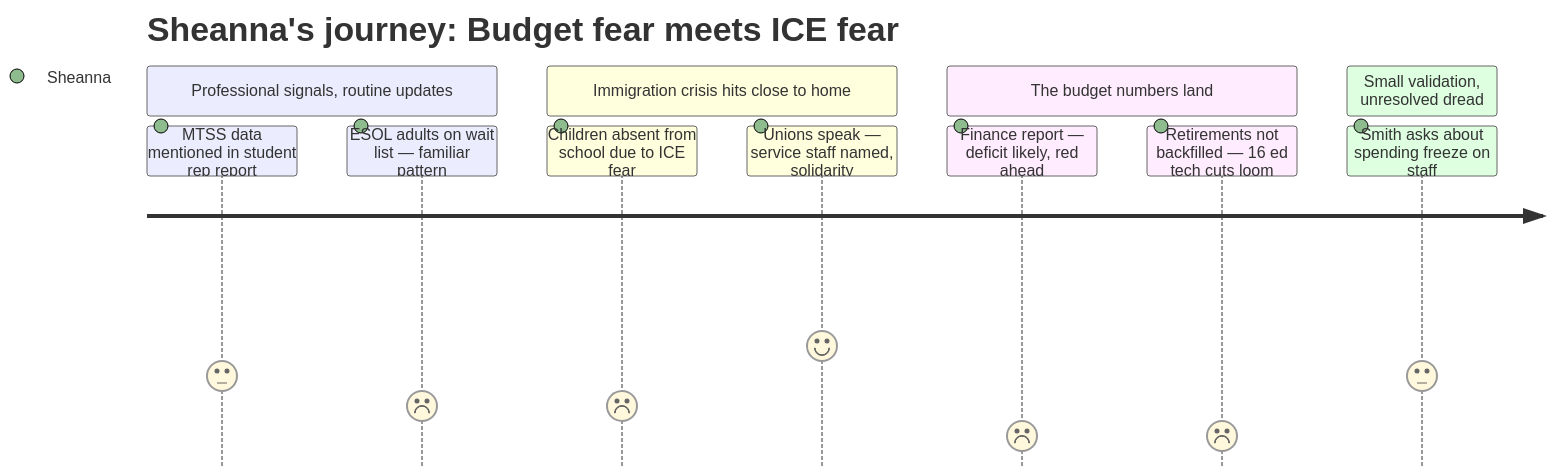
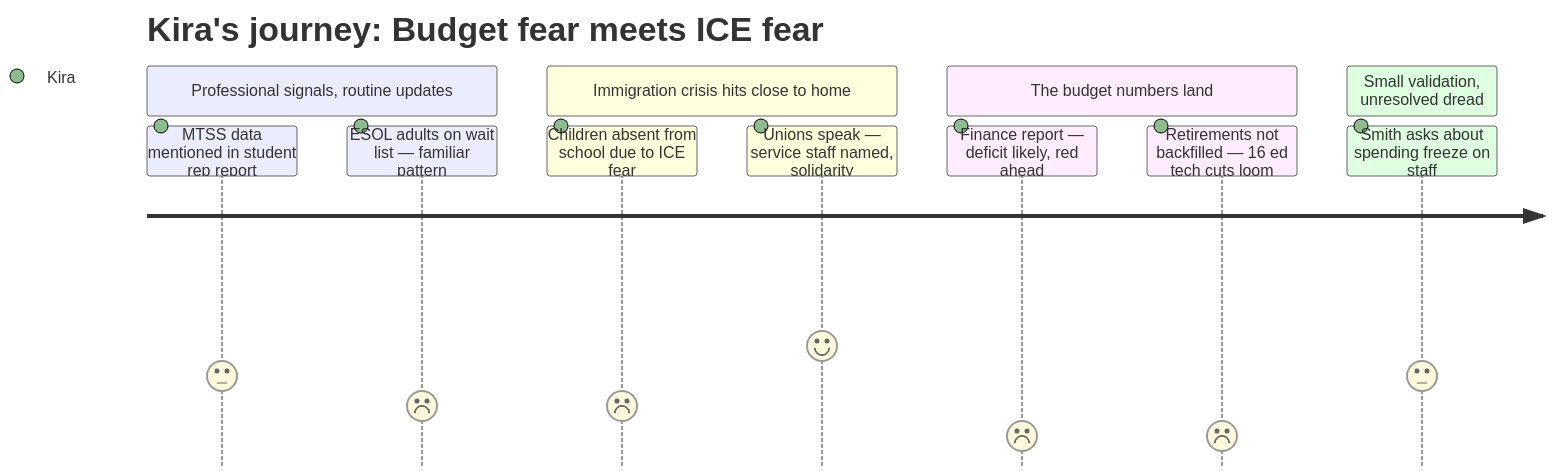
One commit to cristoslc/2026-south-portland-school-budget changed the diagram in data/interpretation/meetings/2026-01-12-school-board/PERSONA-015.md. Above: the diagram before and after it, drawn with Mermaid. The commit also changed other lines of this file and 45 other files, not shown here.

````diff
--- a/data/interpretation/meetings/2026-01-12-school-board/PERSONA-015.md
+++ b/data/interpretation/meetings/2026-01-12-school-board/PERSONA-015.md
@@ -70,15 +70,15 @@
 ```mermaid
 journey
-    title Sheanna's journey: Budget fear meets ICE fear
+    title Kira's journey: Budget fear meets ICE fear
     section Professional signals, routine updates
-        MTSS data mentioned in student rep report: 3: Sheanna
-        ESOL adults on wait list — familiar pattern: 2: Sheanna
+        MTSS data mentioned in student rep report: 3: Kira
+        ESOL adults on wait list — familiar pattern: 2: Kira
     section Immigration crisis hits close to home
-        Children absent from school due to ICE fear: 2: Sheanna
-        Unions speak — service staff named, solidarity: 4: Sheanna
+        Children absent from school due to ICE fear: 2: Kira
+        Unions speak — service staff named, solidarity: 4: Kira
     section The budget numbers land
-        Finance report — deficit likely, red ahead: 1: Sheanna
-        Retirements not backfilled — 16 ed tech cuts loom: 1: Sheanna
+        Finance report — deficit likely, red ahead: 1: Kira
+        Retirements not backfilled — 16 ed tech cuts loom: 1: Kira
     section Small validation, unresolved dread
-        Smith asks about spending freeze on staff: 3: Sheanna
+        Smith asks about spending freeze on staff: 3: Kira
 ```
````
